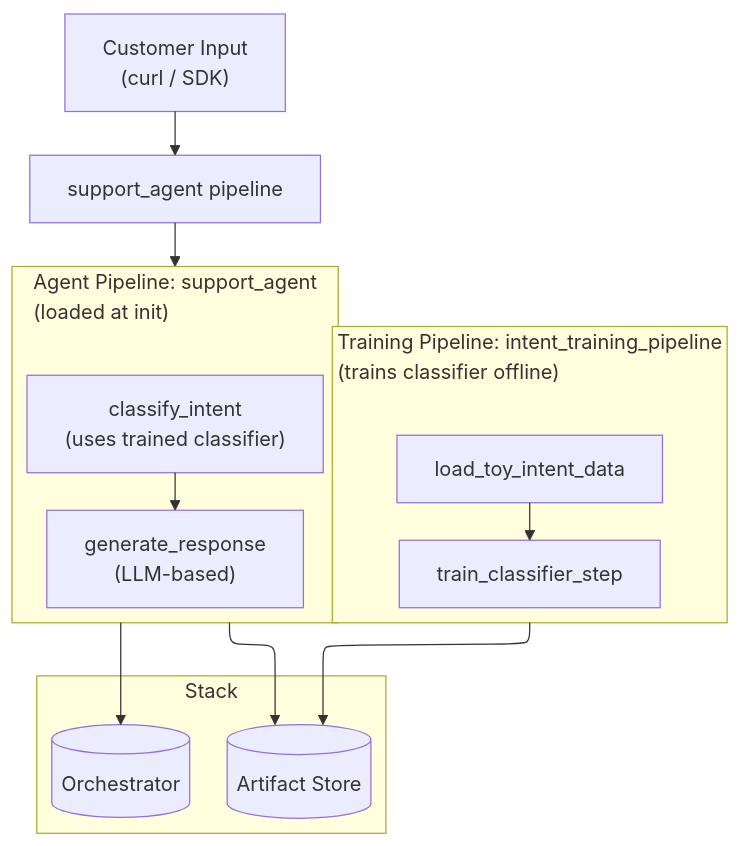
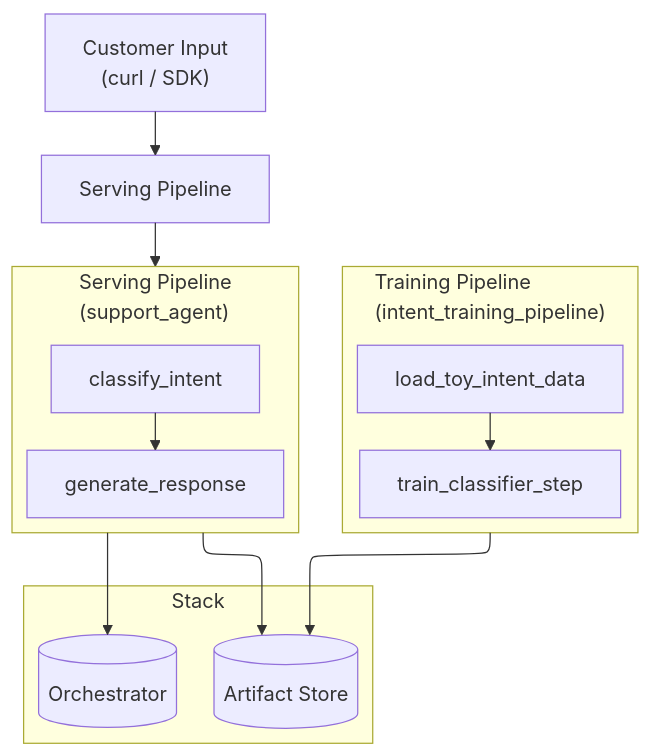
Before and after one commit to zenml-io/zenml: the third of 3 diagrams in docs/book/getting-started/your-first-ai-pipeline.md, drawn with Mermaid. The commit also changed other lines of this file, not shown here.

Commit message:
Update pip install command in AI pipeline setup

````diff
--- a/docs/book/getting-started/your-first-ai-pipeline.md
+++ b/docs/book/getting-started/your-first-ai-pipeline.md
@@ -177,32 +177,32 @@
 ```mermaid
 ---
 config:
   layout: elk
   theme: mc
 ---
 flowchart TB
-  U["Customer Input<br/>(curl / SDK)"] --> SA["support_agent pipeline"]
+  U["Customer Input<br/>(curl / SDK)"] --> SA["Serving Pipeline"]
 
-  subgraph TRAIN["Training Pipeline: intent_training_pipeline<br/>(trains classifier offline)"]
+  subgraph TRAIN["Training Pipeline<br/>(intent_training_pipeline)"]
     D["load_toy_intent_data"]
     T["train_classifier_step"]
     D --> T
   end
 
-  subgraph SERVE["Agent Pipeline: support_agent<br/>(loaded at init)"]
-    C["classify_intent<br/>(uses trained classifier)"]
-    R["generate_response<br/>(LLM-based)"]
+  subgraph SERVE["Serving Pipeline<br/>(support_agent)"]
+    C["classify_intent"]
+    R["generate_response"]
     C --> R
   end
 
   SA --> SERVE
 
   subgraph STACK["Stack"]
     OR[("Orchestrator")]
     AR[("Artifact Store")]
   end
 
   TRAIN --> AR
   SERVE --> OR
   SERVE --> AR
 ```
````
